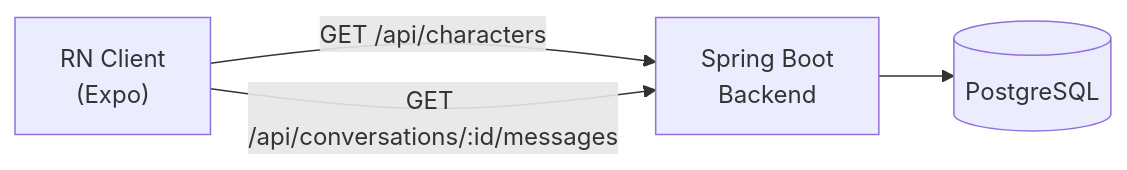
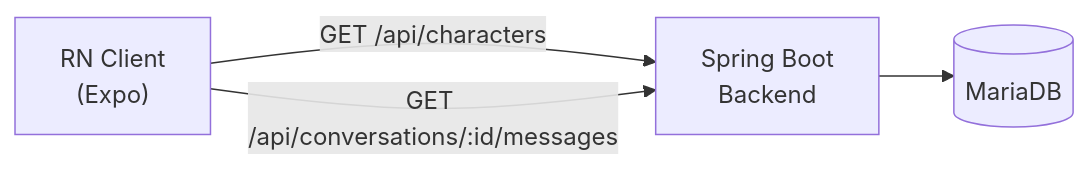
Before and after one commit to UiHyungZo/storia-story-chat: the first of 2 diagrams in docs/architecture/README.md, drawn with Mermaid. The commit also changed other lines of this file and 1 other file, not shown here.

Commit message:
docs: update ERD and architecture diagrams for MariaDB/story_character

````diff
--- a/docs/architecture/README.md
+++ b/docs/architecture/README.md
@@ -7,6 +7,6 @@
 ```mermaid
 flowchart LR
     Client["RN Client\n(Expo)"] -->|"GET /api/characters"| Backend["Spring Boot\nBackend"]
     Client -->|"GET /api/conversations/:id/messages"| Backend
-    Backend --> DB[("PostgreSQL")]
+    Backend --> DB[("MariaDB")]
 ```
````
